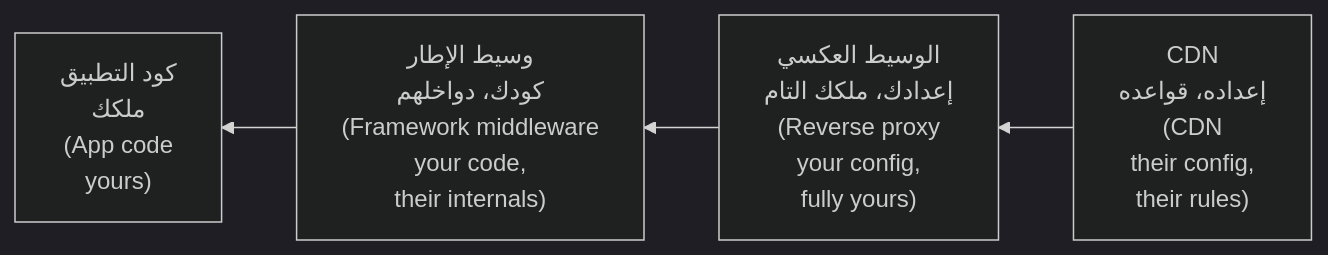
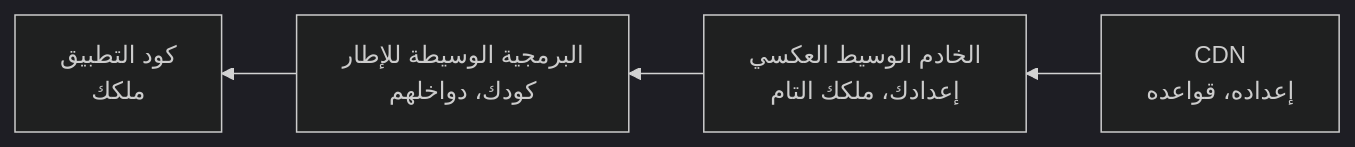
One commit to Tamoura/system-design-for-vibe-coders changed the diagram in modules/03-caching/lesson-2-cache-poisoning.ar.md. Above: the diagram before and after it, drawn with Mermaid (dark theme). The commit also changed other lines of this file and 551 other files, not shown here.

````diff
--- a/modules/03-caching/lesson-2-cache-poisoning.ar.md
+++ b/modules/03-caching/lesson-2-cache-poisoning.ar.md
@@ -88,6 +88,6 @@
 ```mermaid
 flowchart RL
-    A["CDN<br/>إعداده، قواعده<br/>(CDN<br/>their config,<br/>their rules)"] --> B["الوسيط العكسي<br/>إعدادك، ملكك التام<br/>(Reverse proxy<br/>your config,<br/>fully yours)"]
-    B --> C["وسيط الإطار<br/>كودك، دواخلهم<br/>(Framework middleware<br/>your code,<br/>their internals)"]
-    C --> D["كود التطبيق<br/>ملكك<br/>(App code<br/>yours)"]
+    A["CDN<br/>إعداده، قواعده"] --> B["الخادم الوسيط العكسي<br/>إعدادك، ملكك التام"]
+    B --> C["البرمجية الوسيطة للإطار<br/>كودك، دواخلهم"]
+    C --> D["كود التطبيق<br/>ملكك"]
 ```
````
